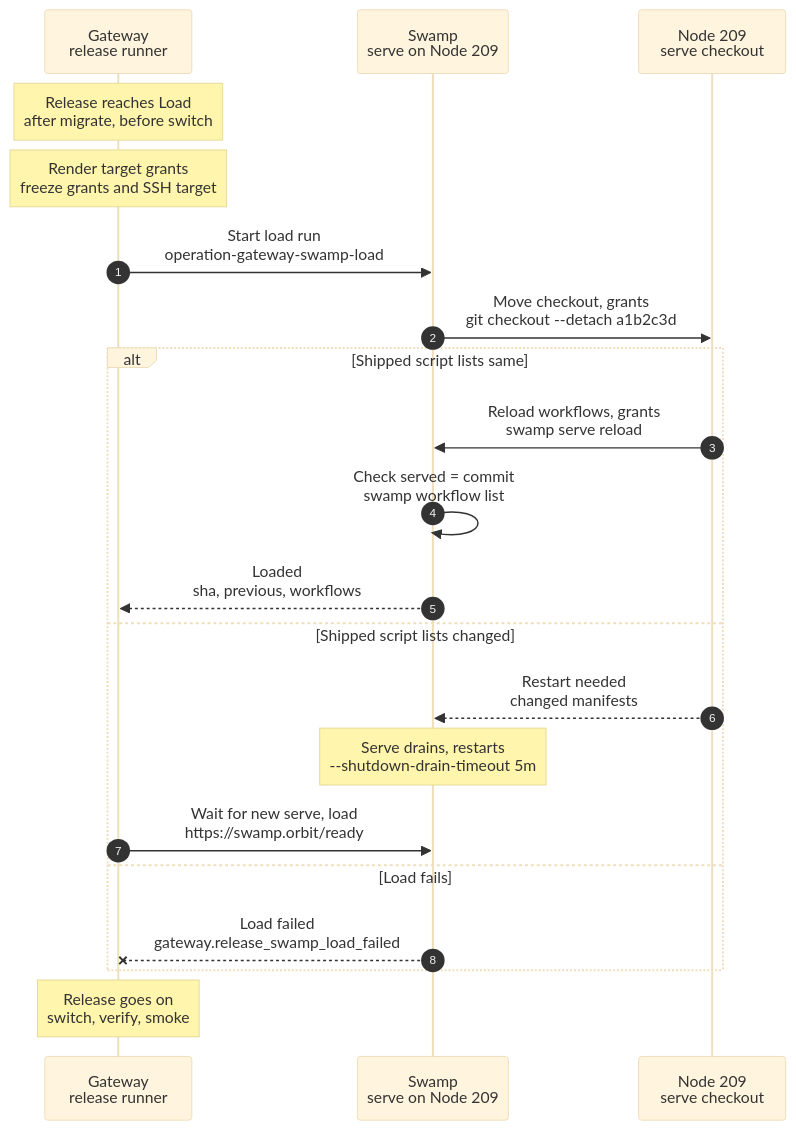
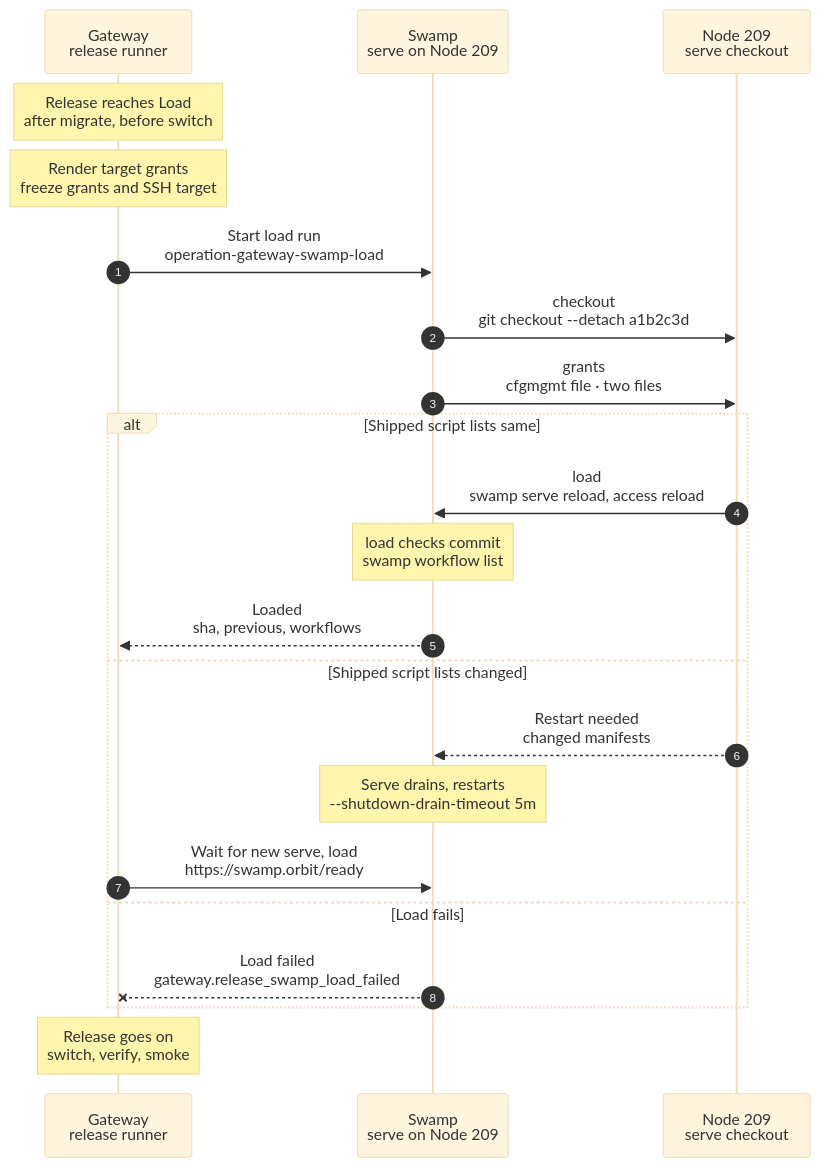
The diagram in docs/cli/gateway/swamp-load.mmd (hardimpactdev/orbit), drawn with Mermaid (base theme) before and after one commit. The commit also changed 9 other files, not shown here.

Commit message:
refactor(swamp): write Gateway-rendered release grants with cfgmgmt

```diff
--- a/docs/cli/gateway/swamp-load.mmd
+++ b/docs/cli/gateway/swamp-load.mmd
@@ -1,82 +1,85 @@
 sequenceDiagram
   %% Target design: swamp-load-git-checkout (Nick 2026-11-01), release-waits-for-swamp, single-swamp-node. docs/reference/gateway-recovery.md#load-swamp.
-  %% Tightened: flow-tighten 2026-11-02, rule 6 (checkout move and grants render are one load action on 209).
+  %% Tightened: flow-tighten 2026-11-02, Nick approved Gateway grant rendering; official file actions run after checkout and before reload.
   %% status: reviewed
   %% command: gateway:release:deploy · Load Swamp
   %% kind: gateway.swamp_load
-  %% behavior name: gateway-swamp-load (fixed)
+  %% behavior name: gateway-swamp-checkout, gateway-swamp-load, release-<gateway|serve>-grants-209 (fixed)
   autonumber
   %% lane GW icon=gateway pill=intent tone=blue
   %% lane SW icon=workflow pill=executes tone=green
   %% lane N icon=server pill=target tone=amber
   participant GW as Gateway<br/>release runner
   participant SW as Swamp<br/>serve on Node 209
   participant N as Node 209<br/>serve checkout
   Note over GW: Release reaches Load<br/>after migrate, before switch
   %%> When:
   %%> - every Gateway release, automatic or `orbit gateway:release:deploy <sha>`
   %%> - after prepare and migrate, before the switch
   %%> - also for releases that change no Swamp file, so Gateway and Swamp always run the same commit
   %%> Not included:
   %%> - no CLI command of its own; the release runner is the only caller
   %%> - `gateway:release:rollback` skips this step, so a rollback works while Swamp is down
   Note over GW: Render target grants<br/>freeze grants and SSH target
   GW->>SW: Start load run<br/>operation-gateway-swamp-load
   %%> What it does:
   %%> - records task #5150 with the release commit
   %%> - starts one Swamp run on serve, placed on the `swamp` role
   %%> Inputs:
   %%> - the release commit, for example `a1b2c3d`, its rendered grants and the admitted SSH target
   %%> Retry:
   %%> - when serve is restarting, the start waits up to 10 minutes instead of pausing the release
-  SW->>N: Move checkout, grants<br/>git checkout --detach a1b2c3d
+  SW->>N: checkout<br/>git checkout --detach a1b2c3d
   %%> Requirements:
   %%> - the new commit descends from the current one (fast-forward only)
   %%> On the Node:
   %%> - fetches the commit into the serve checkout
   %%> - moves the checkout to it
-  %%> - writes `swamp/grants/orbit-gateway.yaml`: which workflows the Gateway may start, from `swamp/config/gateway-workflow-grants.json`
   %%> Why:
   %%> - Swamp's default mode reads `swamp/` from a Git checkout; no custom loader
-  %%> - one action on Node 209 with one failure handling, so the render is part of this step
+  SW->>N: grants<br/>cfgmgmt file · two files
+  %%> What it does:
+  %%> - writes the Gateway-rendered `orbit-gateway.yaml` and `orbit-serve.yaml` under `swamp/grants/`
+  %%> - uses the admitted SSH target with owner `orbit`, group `orbit` and mode `0640`
+  %%> - the two fixed file behaviors run in parallel; a failed write stops the load
   alt Shipped script lists same
-    N->>SW: Reload workflows, grants<br/>swamp serve reload
+    N->>SW: load<br/>swamp serve reload, access reload
     %%> What it does:
     %%> - `swamp serve reload`: serve picks up new and changed workflows and extensions
     %%> - `swamp access reload`: serve creates, revokes or keeps grants to match the file
     %%> Why:
     %%> - a reload, not a restart: running work keeps going
-    SW->>SW: Check served = commit<br/>swamp workflow list
+    Note over SW: load checks commit<br/>swamp workflow list
     %%> What it does:
     %%> - compares the workflows serve runs with the workflows in the commit
     %%> - ignores the `schedule-<uuid>` workflows that Schedules publish
     SW-->>GW: Loaded<br/>sha, previous, workflows
     %%> Result:
     %%> - task #5150 succeeded
     %%> - returns the commit, the previous commit and the workflow count
   else Shipped script lists changed
     N-->>SW: Restart needed<br/>changed manifests
     %%> Why:
     %%> - serve's reload keeps each extension's file list from its start (Lab #4282)
     %%> - so new shipped scripts reach workers only after a restart
     %%> Temporary:
     %%> - remove this branch when Lab #4282 is fixed
     Note over SW: Serve drains, restarts<br/>--shutdown-drain-timeout 5m
     %%> What it does:
     %%> - serve takes no new work and lets running work finish, up to 5 minutes
     %%> - then a new serve instance starts from the new commit
     GW->>SW: Wait for new serve, load<br/>https://swamp.orbit/ready
     %%> What it does:
     %%> - waits up to 7 minutes for a new serve instance id
     %%> - then starts the load once more; that run takes the first branch
   else Load fails
     SW--xGW: Load failed<br/>gateway.release_swamp_load_failed
     %%> Result:
     %%> - task #5150 failed
     %%> - the release pauses before the switch; the old Gateway release stays live
     %%> - the checkout may stay on the new commit; fix forward and resume the release
   end
   Note over GW: Release goes on<br/>switch, verify, smoke
   %%> Result:
   %%> - Gateway and Swamp now run the same commit
   %%> - the release switches to the new Gateway code
```
